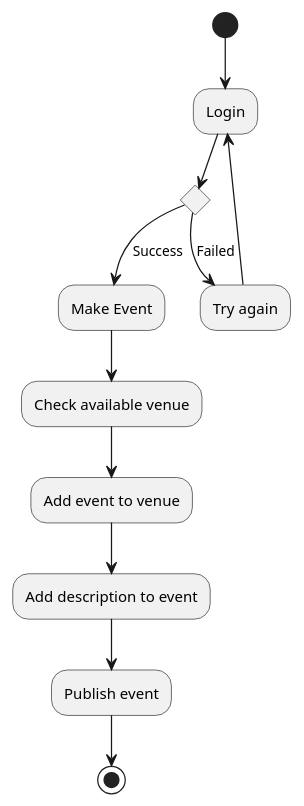
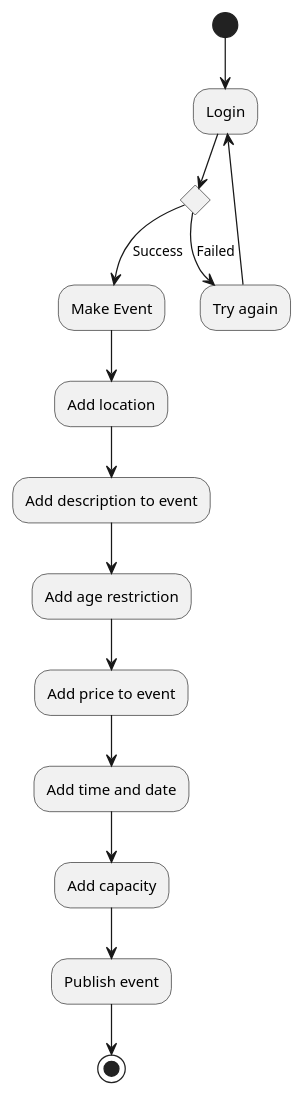
The diagram in AktivitetsDiagram/AktivitetsdiagramManagerSuccess.puml (brosjanramo/Kino), drawn with PlantUML before and after one commit. The commit also changed 1 other file, not shown here.

Commit message:
Updatet aktivitetsdiagram
AktivitetsdiagramManagerSuccess updated

```diff
--- a/AktivitetsDiagram/AktivitetsdiagramManagerSuccess.puml
+++ b/AktivitetsDiagram/AktivitetsdiagramManagerSuccess.puml
@@ -1,16 +1,19 @@
 @startuml
 
 (*)  --> "Login"
 If "" then
 --> [Failed] "Try again"
 --> "Login"
 else
 --> [Success]"Make Event"
 Endif
---> "Check available venue"
---> "Add event to venue"
+--> "Add location"
 --> "Add description to event"
+--> "Add age restriction"
+--> "Add price to event"
+--> "Add time and date"
+--> "Add capacity"
 --> "Publish event"
 -->(*)
 
 @enduml
```
